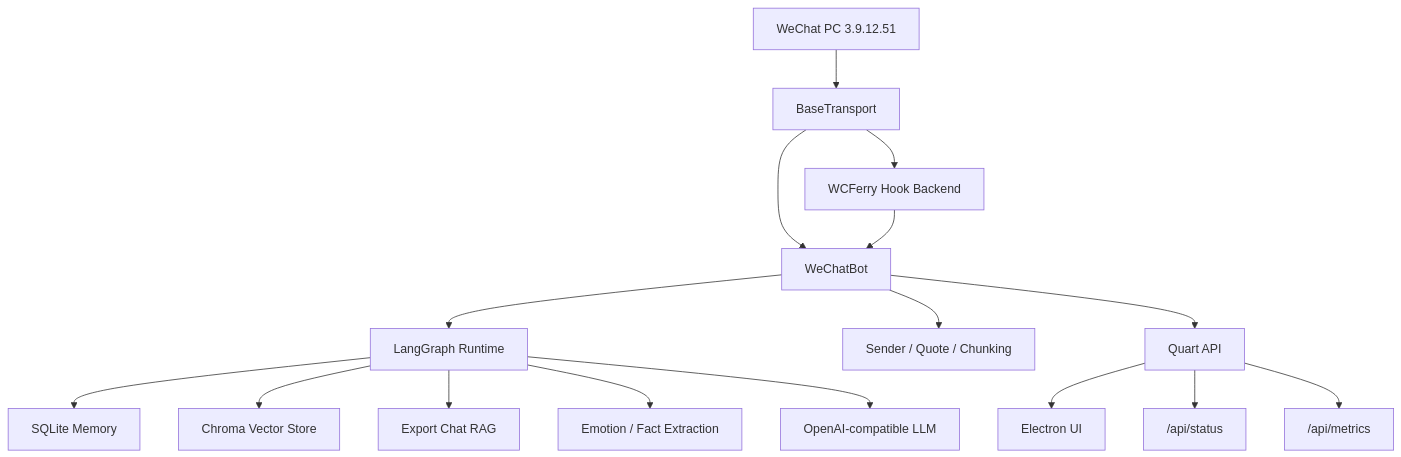
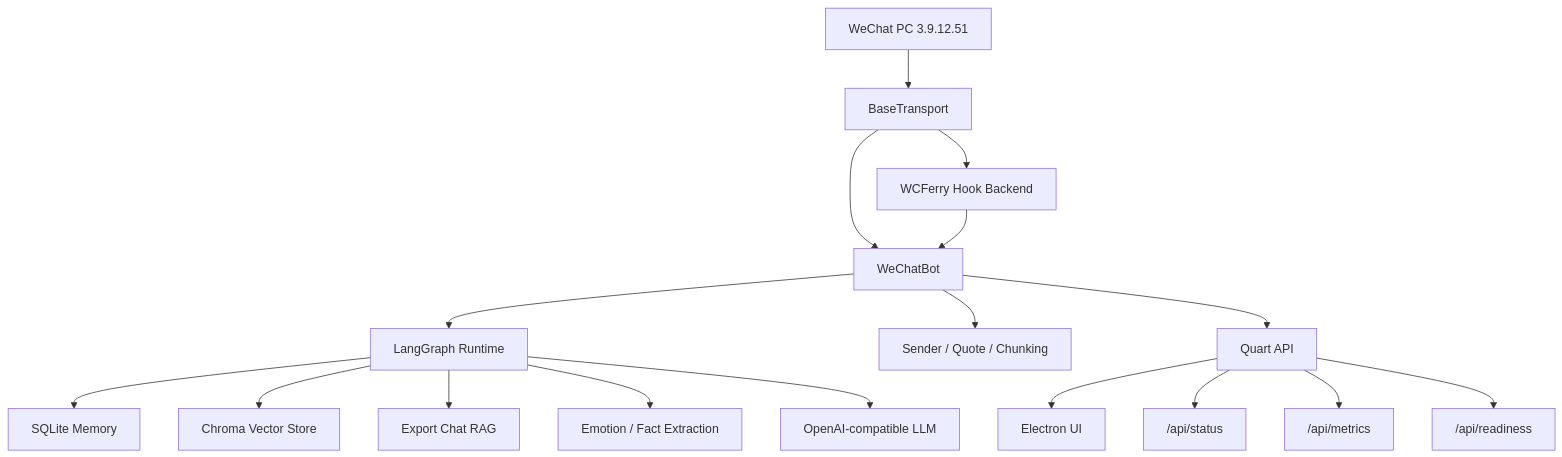
One commit to byteD-x/wechat-bot changed the diagram in README.md. Above: the diagram before and after it, drawn with Mermaid. The commit also changed other lines of this file and 162 other files, not shown here.

````diff
--- a/README.md
+++ b/README.md
@@ -58,19 +61,20 @@
 ```mermaid
 flowchart TD
     A[WeChat PC 3.9.12.51] --> B[BaseTransport]
     B --> B1[WCFerry Hook Backend]
     B --> C[WeChatBot]
     B1 --> C[WeChatBot]
 
     C --> D[LangGraph Runtime]
     D --> E[SQLite Memory]
     D --> F[Chroma Vector Store]
     D --> G[Export Chat RAG]
     D --> H[Emotion / Fact Extraction]
     D --> I[OpenAI-compatible LLM]
     C --> J[Sender / Quote / Chunking]
     C --> K[Quart API]
     K --> L[Electron UI]
     K --> M["/api/status"]
     K --> N["/api/metrics"]
+    K --> O["/api/readiness"]
 ```
````
